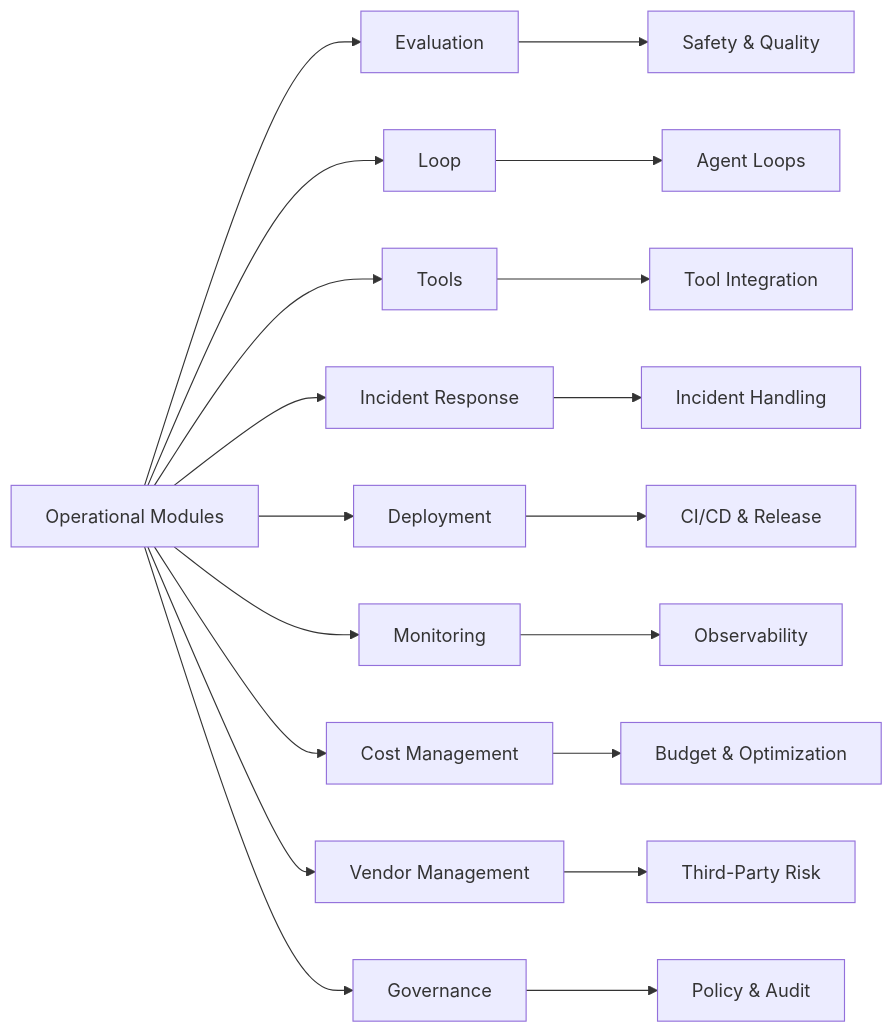
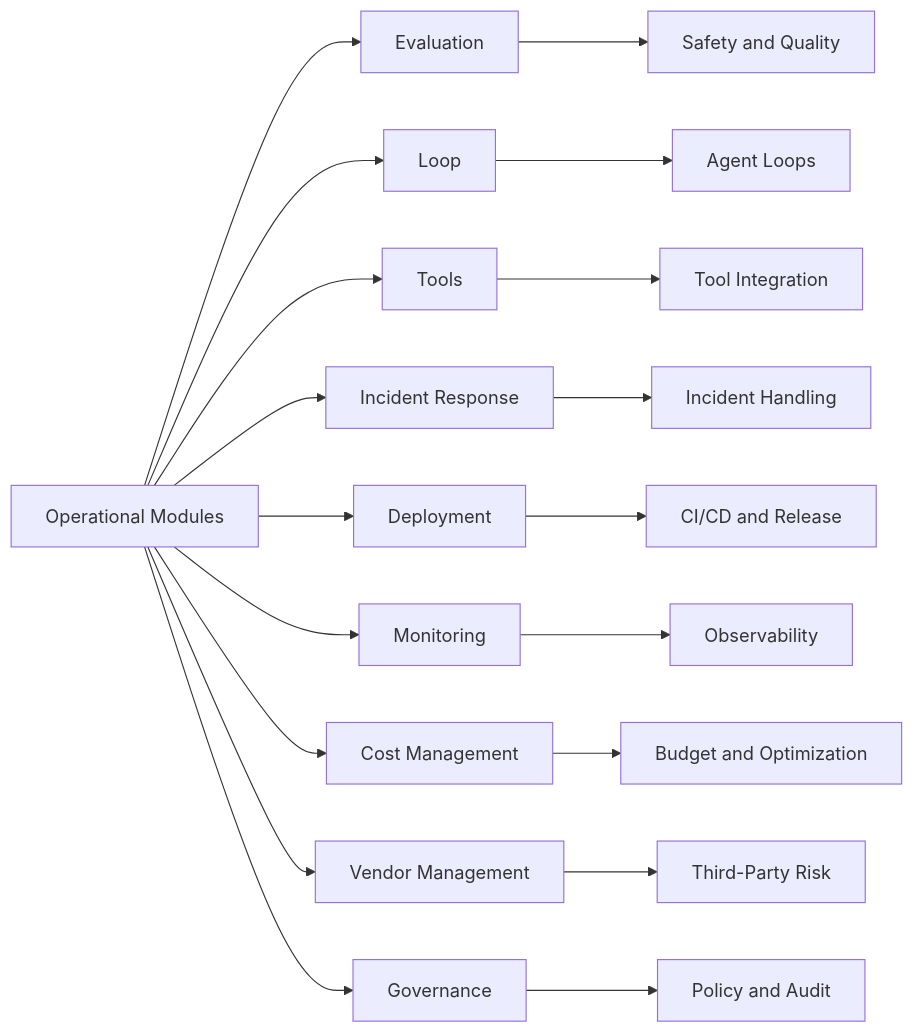
Before and after one commit to LifeJiggy/LLM-Agentic-Rules-Framework: the tenth of 14 diagrams in README.md, drawn with Mermaid. The commit also changed other lines of this file, not shown here.

First line of the commit message:
Update README with inclusive audience and fix Mermaid rendering

````diff
--- a/README.md
+++ b/README.md
@@ -334,22 +345,22 @@
 ```mermaid
 flowchart LR
     A[Operational Modules] --> B[Evaluation]
     A --> C[Loop]
     A --> D[Tools]
     A --> E[Incident Response]
     A --> F[Deployment]
     A --> G[Monitoring]
     A --> H[Cost Management]
     A --> I[Vendor Management]
     A --> J[Governance]
     
-    B --> B1[Safety & Quality]
+    B --> B1[Safety and Quality]
     C --> C1[Agent Loops]
     D --> D1[Tool Integration]
     E --> E1[Incident Handling]
-    F --> F1[CI/CD & Release]
+    F --> F1[CI/CD and Release]
     G --> G1[Observability]
-    H --> H1[Budget & Optimization]
+    H --> H1[Budget and Optimization]
     I --> I1[Third-Party Risk]
-    J --> J1[Policy & Audit]
+    J --> J1[Policy and Audit]
 ```
````
